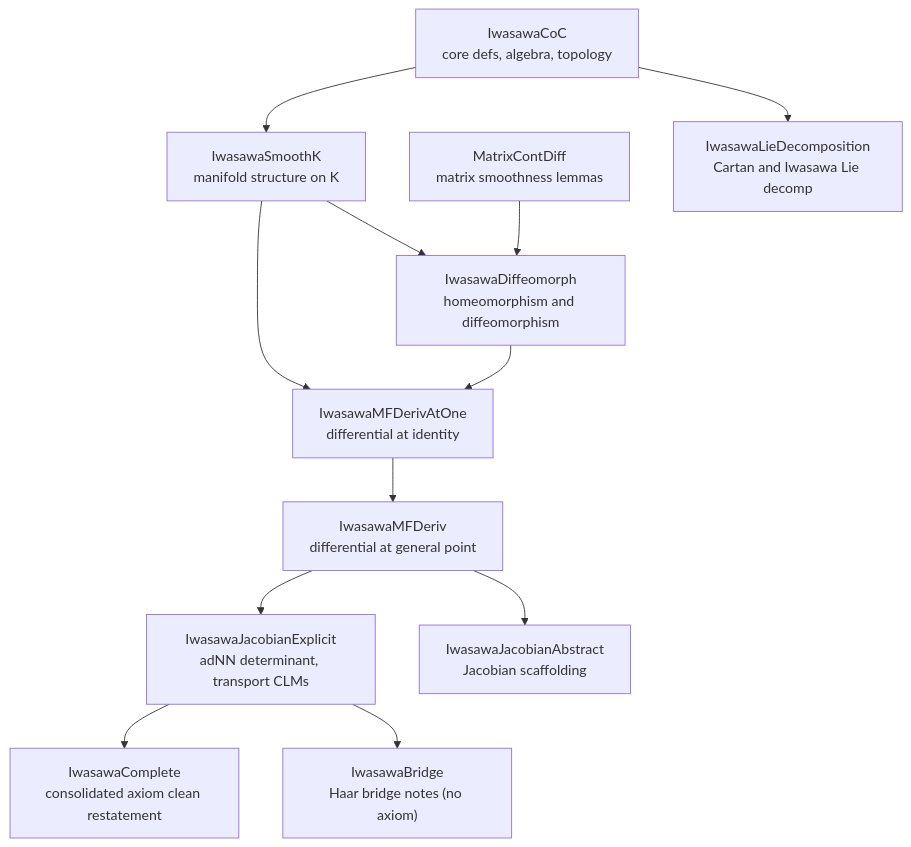
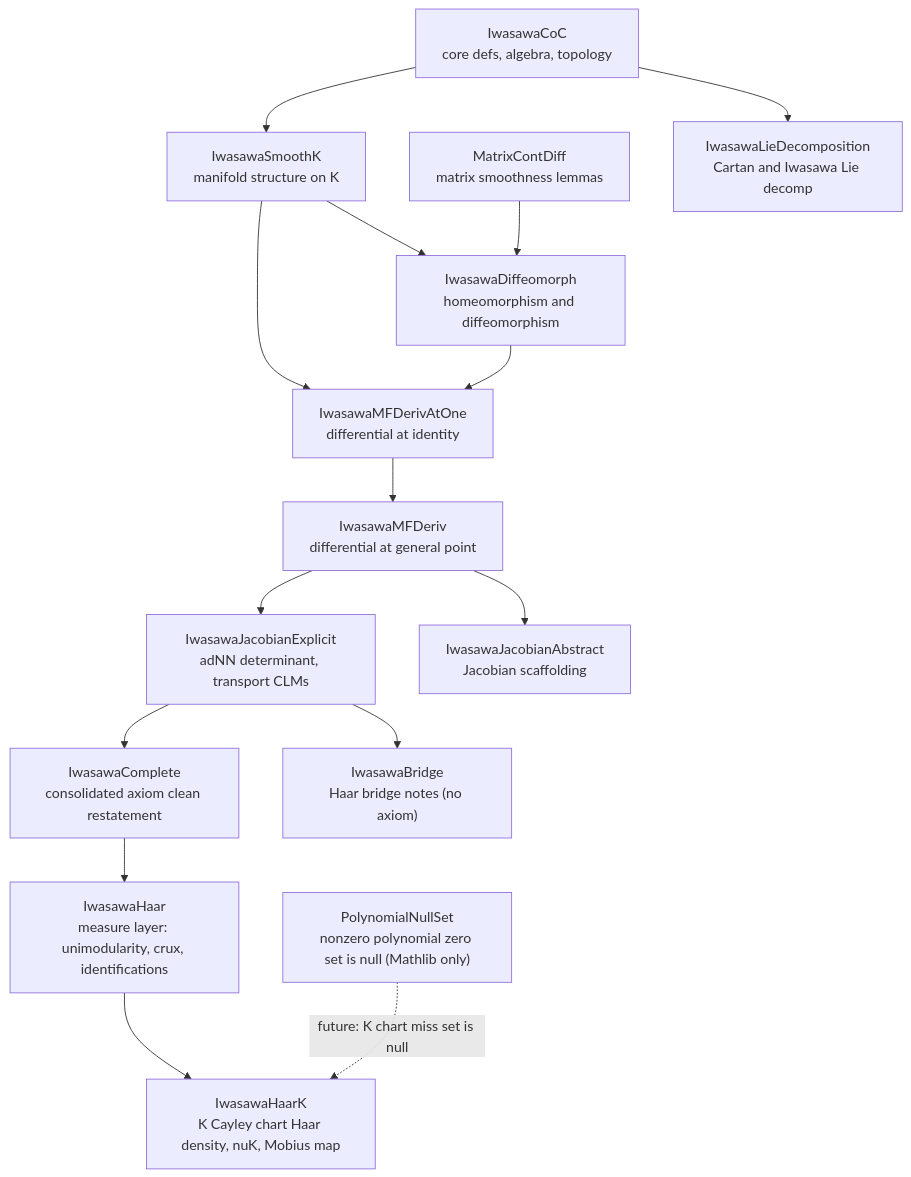
One commit to CuteSurtr/iwasawa-change-of-coordinates changed the fifth of 6 diagrams in README.md. Above: the diagram before and after it, drawn with Mermaid. The commit also changed other lines of this file, not shown here.

First line of the commit message:
Docs: comprehensive README update for the measure layer and verification methodology

````diff
--- a/README.md
+++ b/README.md
@@ -1010,26 +1383,32 @@
 ```mermaid
 flowchart TD
     COC["IwasawaCoC<br/>core defs, algebra, topology"]
     MCD["MatrixContDiff<br/>matrix smoothness lemmas"]
     SK["IwasawaSmoothK<br/>manifold structure on K"]
     DIFF["IwasawaDiffeomorph<br/>homeomorphism and diffeomorphism"]
     LIE["IwasawaLieDecomposition<br/>Cartan and Iwasawa Lie decomp"]
     D1["IwasawaMFDerivAtOne<br/>differential at identity"]
     DG["IwasawaMFDeriv<br/>differential at general point"]
     JE["IwasawaJacobianExplicit<br/>adNN determinant, transport CLMs"]
     JA["IwasawaJacobianAbstract<br/>Jacobian scaffolding"]
     CMP["IwasawaComplete<br/>consolidated axiom clean restatement"]
     BR["IwasawaBridge<br/>Haar bridge notes (no axiom)"]
+    HAAR["IwasawaHaar<br/>measure layer: unimodularity, crux, identifications"]
+    HAARK["IwasawaHaarK<br/>K Cayley chart Haar density, nuK, Mobius map"]
+    POLY["PolynomialNullSet<br/>nonzero polynomial zero set is null (Mathlib only)"]
 
     COC --> SK
     COC --> LIE
     SK --> DIFF
     MCD --> DIFF
     SK --> D1
     DIFF --> D1
     D1 --> DG
     DG --> JE
     DG --> JA
     JE --> CMP
     JE --> BR
+    CMP --> HAAR
+    HAAR --> HAARK
+    POLY -.->|"future: K chart miss set is null"| HAARK
 ```
````
